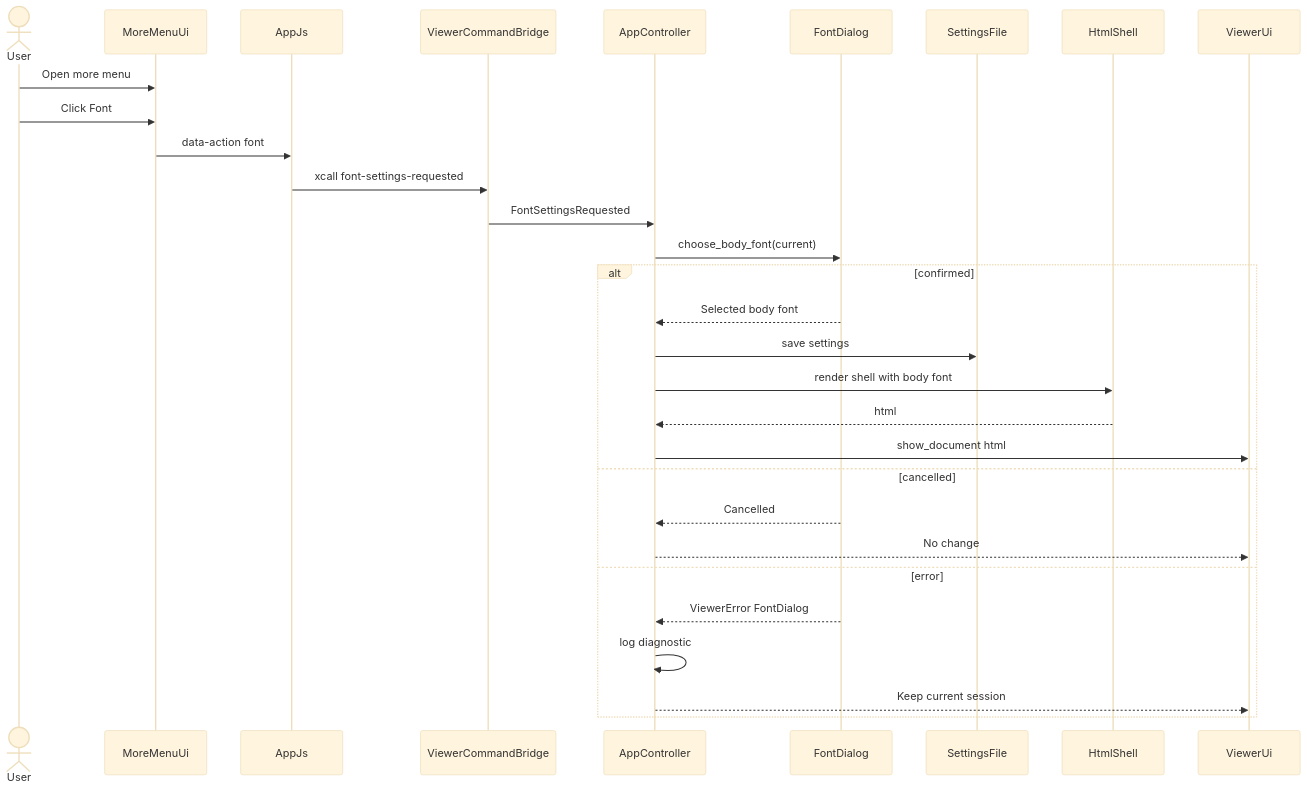
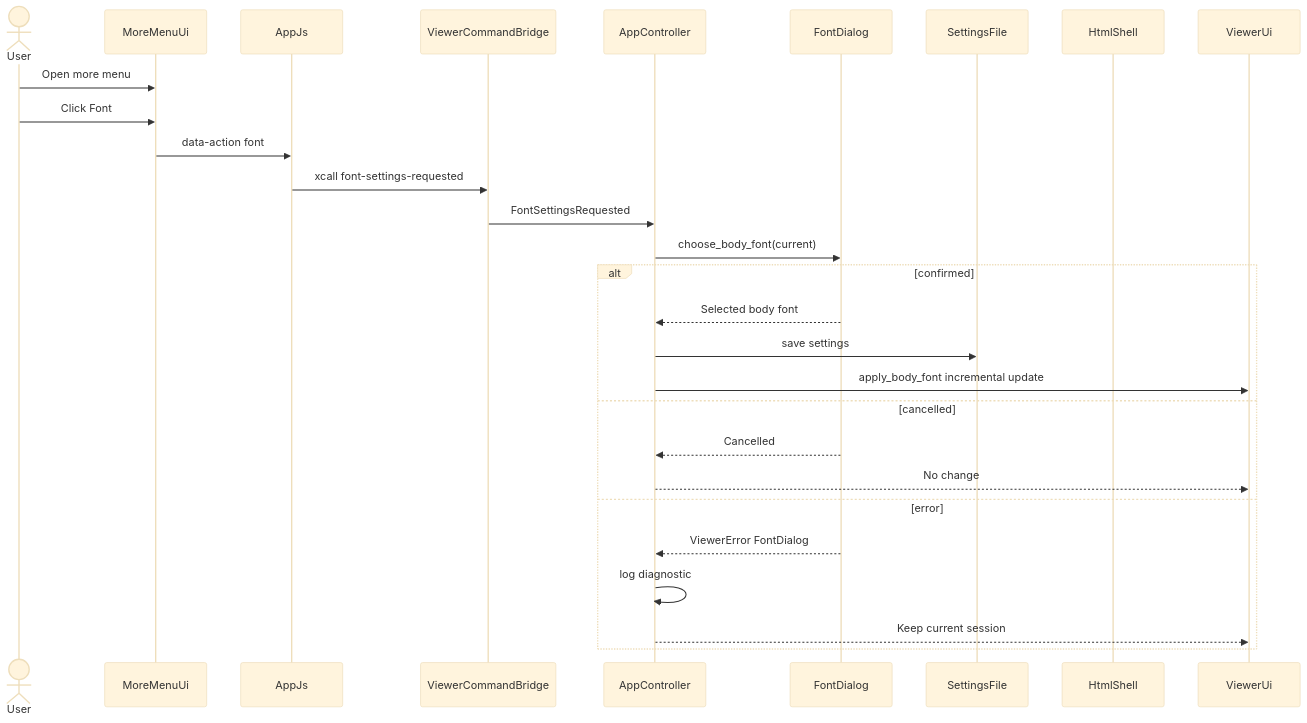
Before and after one commit to simosako/mdluma: the second of 3 diagrams in .kiro/specs/font-settings/design.md, drawn with Mermaid (base theme). The commit also changed other lines of this file and 8 other files, not shown here.

First line of the commit message:
feat(font-settings): apply body font changes incrementally without full reload

````diff
--- a/.kiro/specs/font-settings/design.md
+++ b/.kiro/specs/font-settings/design.md
@@ -128,33 +129,31 @@
 ```mermaid
 sequenceDiagram
     actor User
     participant Menu as MoreMenuUi
     participant Js as AppJs
     participant Bridge as ViewerCommandBridge
     participant App as AppController
     participant Dialog as FontDialog
     participant Store as SettingsFile
     participant Shell as HtmlShell
     participant Ui as ViewerUi
 
     User->>Menu: Open more menu
     User->>Menu: Click Font
     Menu->>Js: data-action font
     Js->>Bridge: xcall font-settings-requested
     Bridge->>App: FontSettingsRequested
     App->>Dialog: choose_body_font(current)
     alt confirmed
         Dialog-->>App: Selected body font
         App->>Store: save settings
-        App->>Shell: render shell with body font
-        Shell-->>App: html
-        App->>Ui: show_document html
+        App->>Ui: apply_body_font incremental update
     else cancelled
         Dialog-->>App: Cancelled
         App-->>Ui: No change
     else error
         Dialog-->>App: ViewerError FontDialog
         App->>App: log diagnostic
         App-->>Ui: Keep current session
     end
 ```
````
